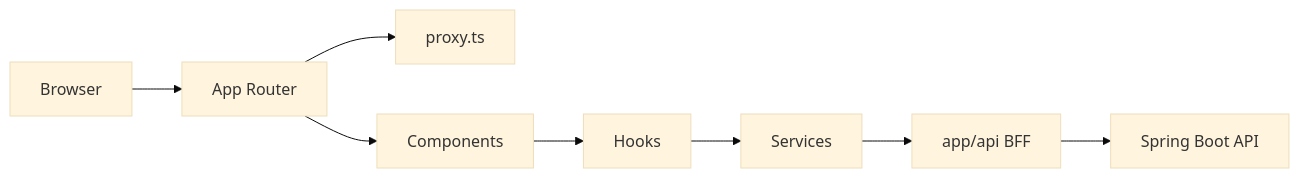
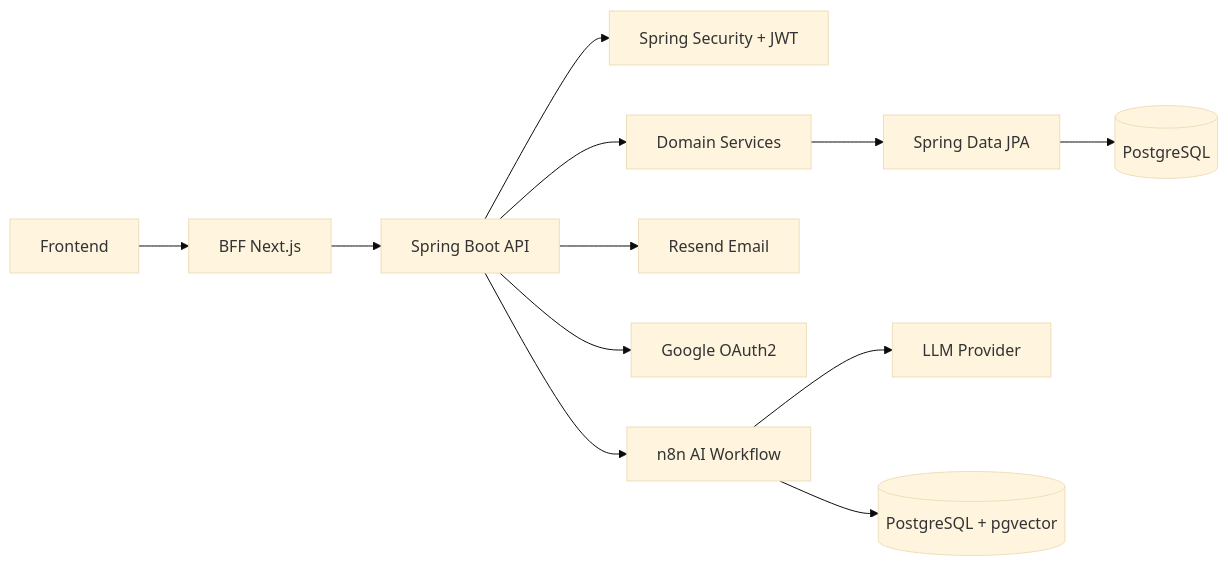
The diagram in README.md (AllanGaBRs/allanflow-frontend), drawn with Mermaid (base theme) before and after one commit. The commit also changed other lines of this file, not shown here.

````diff
--- a/README.md
+++ b/README.md
@@ -23,19 +38,18 @@
 ```mermaid
 flowchart LR
-  Browser[Browser]
+  Browser[Frontend] --> BFF[BFF Next.js]
+  BFF --> API[Spring Boot API]
 
-    UI[App Router]
-    BFF[app/api BFF]
-    Proxy[proxy.ts]
-    Components[Components]
-    Hooks[Hooks]
-    Services[Services]
+  API --> Security[Spring Security + JWT]
+  API --> Services[Domain Services]
 
-  Browser --> UI
-  UI --> Proxy
-  UI --> Components
-  Components --> Hooks
-  Hooks --> Services
-  Services --> BFF
-  BFF --> Backend[Spring Boot API]
+  Services --> JPA[Spring Data JPA]
+  JPA --> DB[(PostgreSQL)]
+
+  API --> Resend[Resend Email]
+  API --> Google[Google OAuth2]
+
+  API --> n8n[n8n AI Workflow]
+  n8n --> AI[LLM Provider]
+  n8n --> PGVector[(PostgreSQL + pgvector)]
 ```
````
